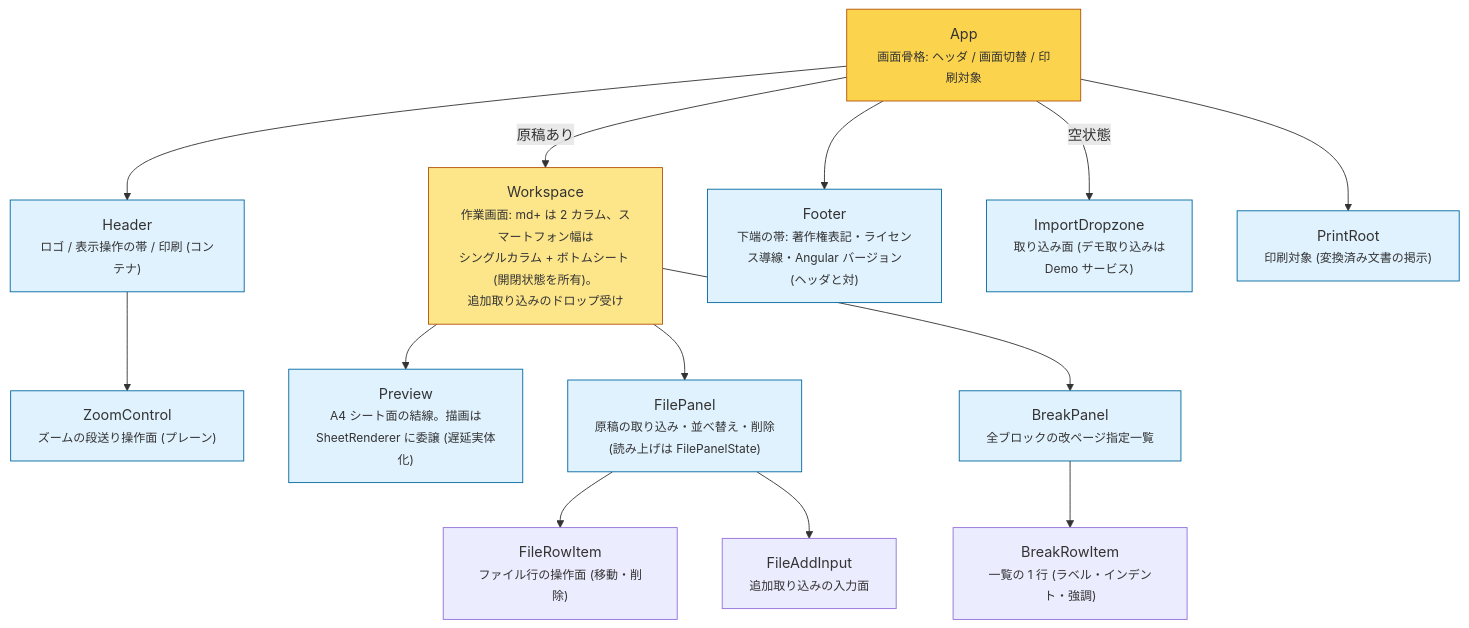
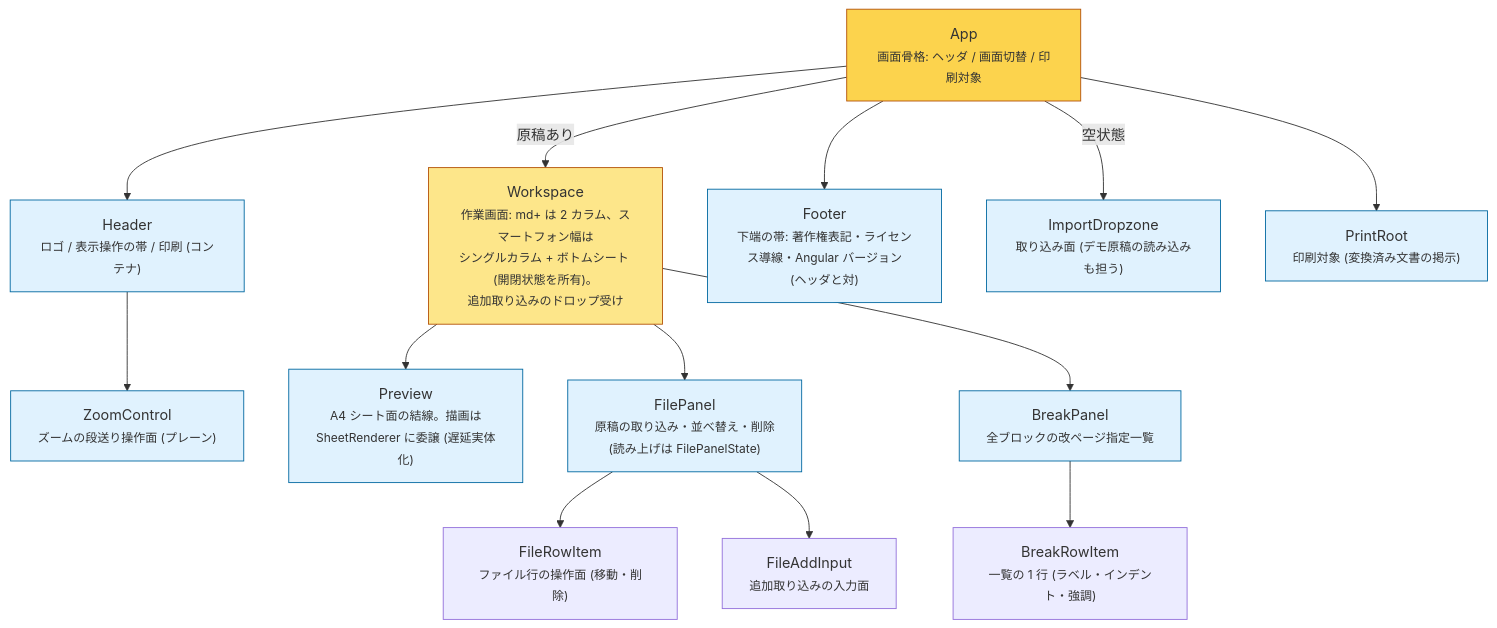
The diagram in docs/component-tree.md (lacolaco/printmd), drawn with Mermaid before and after one commit. The commit also changed other lines of this file and 3 other files, not shown here.

First line of the commit message:
refactor: Demo サービスを解体し ImportDropzoneViewModel の command に畳む (#53)

````diff
--- a/docs/component-tree.md
+++ b/docs/component-tree.md
@@ -6,36 +6,36 @@
 ```mermaid
 flowchart TB
   APP["App<br/><small>画面骨格: ヘッダ / 画面切替 / 印刷対象</small>"]
   HEADER["Header<br/><small>ロゴ / 表示操作の帯 / 印刷 (コンテナ)</small>"]
   ZOOMC["ZoomControl<br/><small>ズームの段送り操作面 (プレーン)</small>"]
   WS["Workspace<br/><small>作業画面: md+ は 2 カラム、スマートフォン幅は<br/>シングルカラム + ボトムシート (開閉状態を所有)。<br/>追加取り込みのドロップ受け</small>"]
   PREVIEW["Preview<br/><small>A4 シート面の結線。描画は<br/>SheetRenderer に委譲 (遅延実体化)</small>"]
   FILEP["FilePanel<br/><small>原稿の取り込み・並べ替え・削除<br/>(読み上げは FilePanelState)</small>"]
   BREAKP["BreakPanel<br/><small>全ブロックの改ページ指定一覧</small>"]
   BREAKROW["BreakRowItem<br/><small>一覧の 1 行 (ラベル・インデント・強調)</small>"]
   FILEROW["FileRowItem<br/><small>ファイル行の操作面 (移動・削除)</small>"]
   FILEADD["FileAddInput<br/><small>追加取り込みの入力面</small>"]
   FOOTER["Footer<br/><small>下端の帯: 著作権表記・ライセンス導線・Angular バージョン<br/>(ヘッダと対)</small>"]
-  DROP["ImportDropzone<br/><small>取り込み面 (デモ取り込みは<br/>Demo サービス)</small>"]
+  DROP["ImportDropzone<br/><small>取り込み面 (デモ原稿の読み込みも担う)</small>"]
   PRINT["PrintRoot<br/><small>印刷対象 (変換済み文書の掲示)</small>"]
 
   APP --> HEADER
   HEADER --> ZOOMC
   APP --> FOOTER
   APP -->|"原稿あり"| WS
   APP -->|"空状態"| DROP
   APP --> PRINT
   WS --> PREVIEW
   WS --> FILEP
   WS --> BREAKP
   BREAKP --> BREAKROW
   FILEP --> FILEROW
   FILEP --> FILEADD
 
   classDef shell fill:#fcd34d,stroke:#b45309
   classDef layout fill:#fde68a,stroke:#b45309
   classDef leaf fill:#e0f2fe,stroke:#0369a1
   class APP shell
   class WS layout
   class HEADER,ZOOMC,PREVIEW,FILEP,BREAKP,FOOTER,DROP,PRINT leaf
 ```
````
